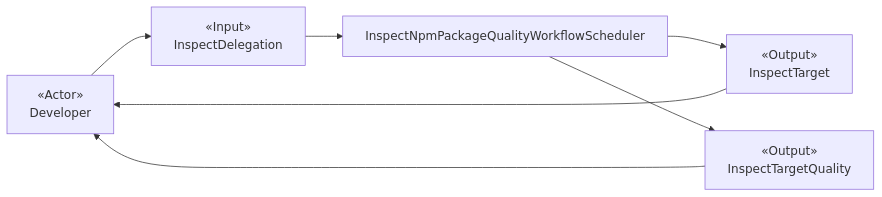
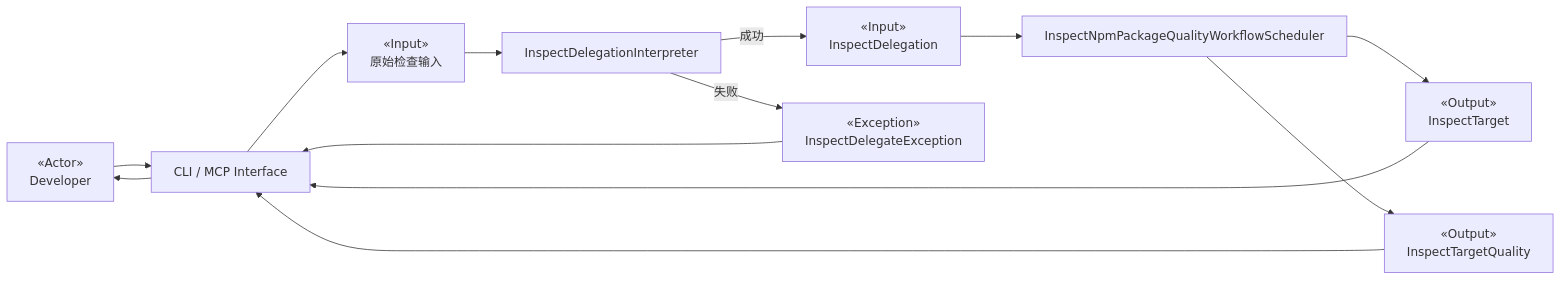
The first of 4 diagrams in specs/npm-plus/design.md (huang-xiao-jian/bluey), drawn with Mermaid before and after one commit. The commit also changed other lines of this file and 1 other file, not shown here.

````diff
--- a/specs/npm-plus/design.md
+++ b/specs/npm-plus/design.md
@@ -112,15 +132,25 @@
 ```mermaid
 flowchart LR
     actor["«Actor»<br/>Developer"]
+    adapter["CLI / MCP Interface"]
+    rawInput["«Input»<br/>原始检查输入"]
+    interpreter["InspectDelegationInterpreter"]
     input["«Input»<br/>InspectDelegation"]
     workflow["InspectNpmPackageQualityWorkflowScheduler"]
     target["«Output»<br/>InspectTarget"]
     quality["«Output»<br/>InspectTargetQuality"]
+    delegateException["«Exception»<br/>InspectDelegateException"]
 
-    actor --> input
+    actor --> adapter
+    adapter --> rawInput
+    rawInput --> interpreter
+    interpreter -->|成功| input
+    interpreter -->|失败| delegateException
     input --> workflow
     workflow --> target
     workflow --> quality
-    target --> actor
-    quality --> actor
+    target --> adapter
+    quality --> adapter
+    delegateException --> adapter
+    adapter --> actor
 ```
````
